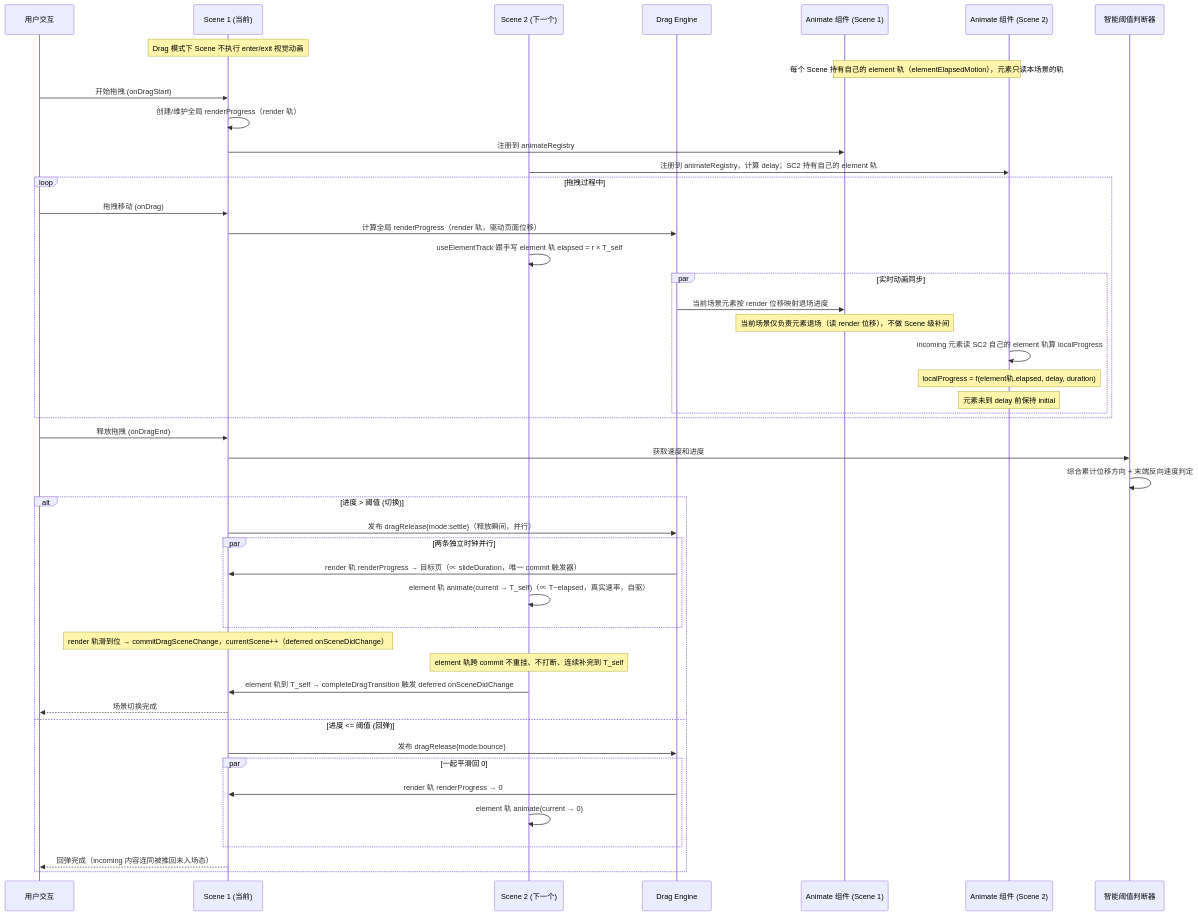
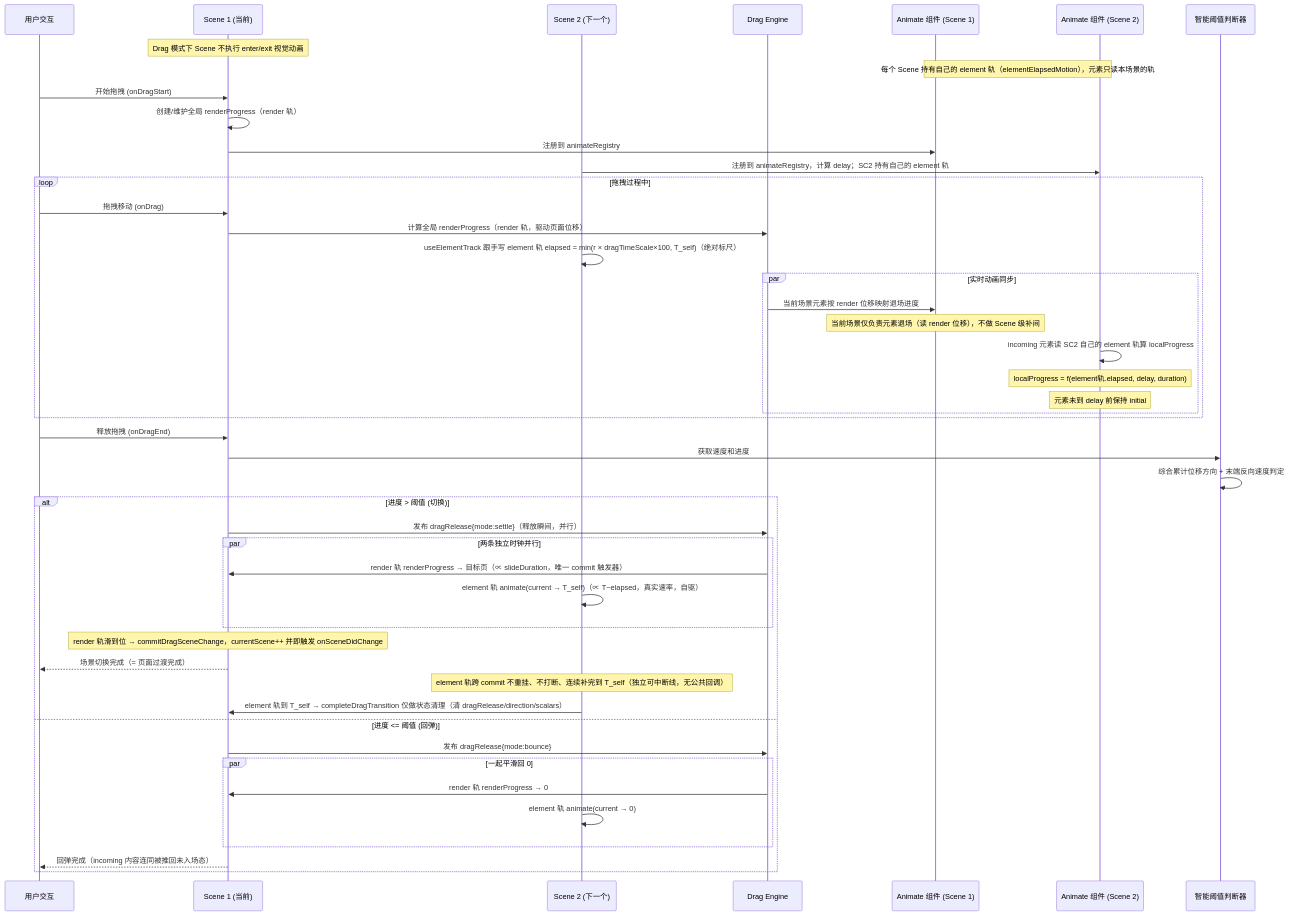
One commit to AlienMu/cineview changed the third of 4 diagrams in design.md. Above: the diagram before and after it, drawn with Mermaid. The commit also changed other lines of this file and 107 other files, not shown here.

````diff
--- a/design.md
+++ b/design.md
@@ -751,57 +440,57 @@
 ```mermaid
 sequenceDiagram
     participant User as 用户交互
     participant SC1 as Scene 1 (当前)
     participant SC2 as Scene 2 (下一个)
     participant DE as Drag Engine
     participant A1 as Animate 组件 (Scene 1)
     participant A2 as Animate 组件 (Scene 2)
     participant TH as 智能阈值判断器
     
     Note over SC1: Drag 模式下 Scene 不执行 enter/exit 视觉动画
     Note over A1,A2: 每个 Scene 持有自己的 element 轨（elementElapsedMotion），元素只读本场景的轨
     
     User->>SC1: 开始拖拽 (onDragStart)
     SC1->>SC1: 创建/维护全局 renderProgress（render 轨）
     SC1->>A1: 注册到 animateRegistry
     SC2->>A2: 注册到 animateRegistry，计算 delay；SC2 持有自己的 element 轨
     
     loop 拖拽过程中
         User->>SC1: 拖拽移动 (onDrag)
         SC1->>DE: 计算全局 renderProgress（render 轨，驱动页面位移）
-        SC2->>SC2: useElementTrack 跟手写 element 轨 elapsed = r × T_self
+        SC2->>SC2: useElementTrack 跟手写 element 轨 elapsed = min(r × dragTimeScale×100, T_self)（绝对标尺）
         
         par 实时动画同步
             DE->>A1: 当前场景元素按 render 位移映射退场进度
             Note over A1: 当前场景仅负责元素退场（读 render 位移），不做 Scene 级补间
             
             A2->>A2: incoming 元素读 SC2 自己的 element 轨算 localProgress
             Note over A2: localProgress = f(element轨.elapsed, delay, duration)
             Note over A2: 元素未到 delay 前保持 initial
         end
     end
     
     User->>SC1: 释放拖拽 (onDragEnd)
     SC1->>TH: 获取速度和进度
     TH->>TH: 综合累计位移方向 + 末端反向速度判定
     
     alt 进度 > 阈值 (切换)
         SC1->>DE: 发布 dragRelease{mode:settle}（释放瞬间，并行）
         par 两条独立时钟并行
             DE->>SC1: render 轨 renderProgress → 目标页（∝ slideDuration，唯一 commit 触发器）
             SC2->>SC2: element 轨 animate(current → T_self)（∝ T−elapsed，真实速率，自驱）
         end
-        Note over SC1: render 轨滑到位 → commitDragSceneChange，currentScene++（deferred onSceneDidChange）
-        Note over SC2: element 轨跨 commit 不重挂、不打断、连续补完到 T_self
-        SC2->>SC1: element 轨到 T_self → completeDragTransition 触发 deferred onSceneDidChange
-        SC1-->>User: 场景切换完成
+        Note over SC1: render 轨滑到位 → commitDragSceneChange，currentScene++ 并即触发 onSceneDidChange
+        SC1-->>User: 场景切换完成（= 页面过渡完成）
+        Note over SC2: element 轨跨 commit 不重挂、不打断、连续补完到 T_self（独立可中断线，无公共回调）
+        SC2->>SC1: element 轨到 T_self → completeDragTransition 仅做状态清理（清 dragRelease/direction/scalars）
         
     else 进度 <= 阈值 (回弹)
         SC1->>DE: 发布 dragRelease{mode:bounce}
         par 一起平滑回 0
             DE->>SC1: render 轨 renderProgress → 0
             SC2->>SC2: element 轨 animate(current → 0)
         end
         SC1-->>User: 回弹完成（incoming 内容连同被推回未入场态）
     end
 ```
````
